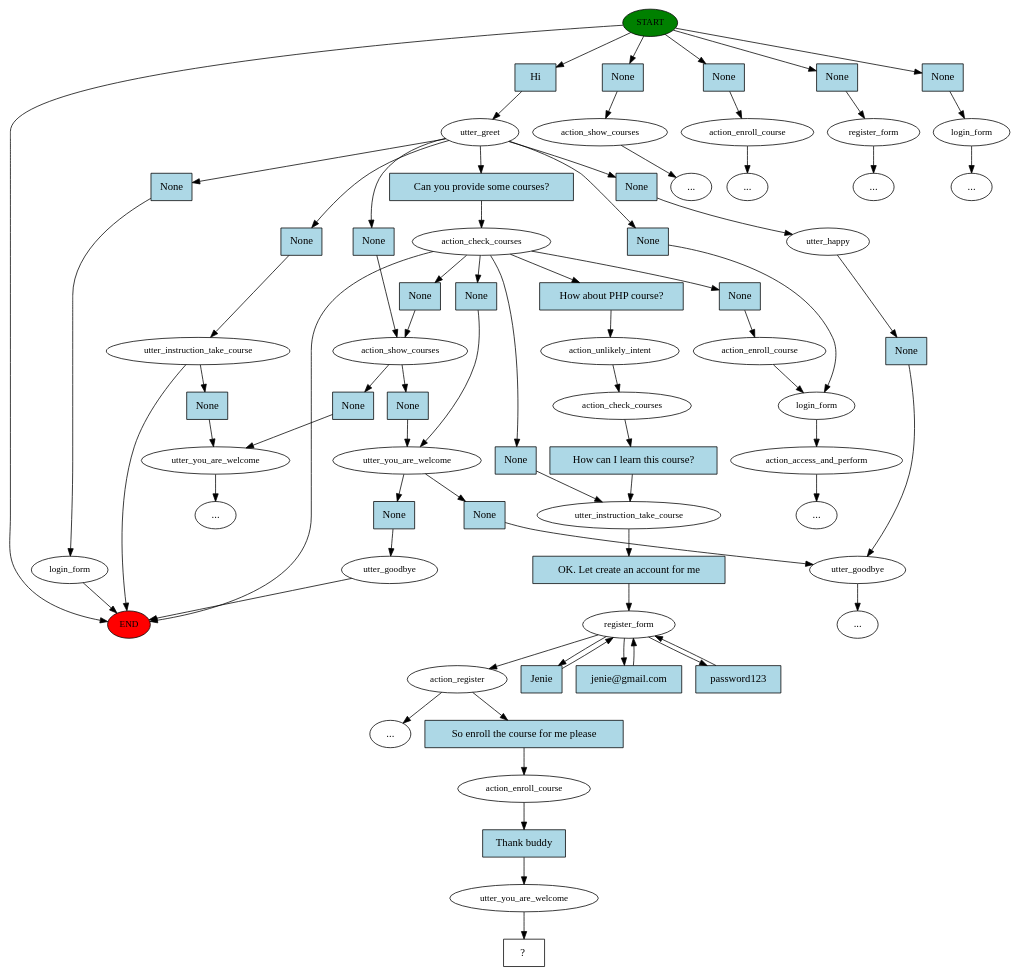
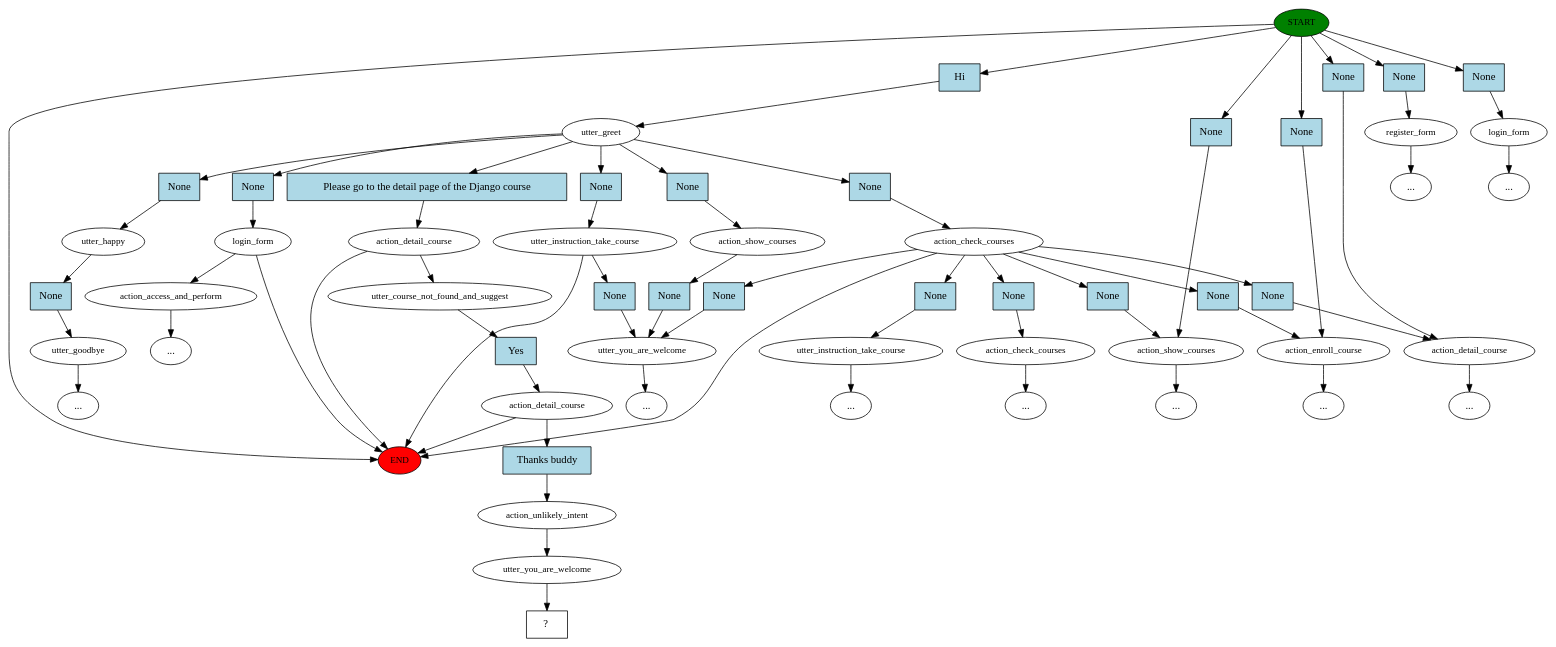
One commit to tamb1910697/ILearning-Chatbox changed the diagram in story_graph.dot. Above: the diagram before and after it, drawn with Graphviz. The commit also changed 4 other files, not shown here.

Commit message:
Add detail course feature

```diff
--- a/story_graph.dot
+++ b/story_graph.dot
@@ -1,142 +1,125 @@
 digraph  {
 0 [class="start active", fillcolor=green, fontsize=12, label=START, style=filled];
 "-1" [class=end, fillcolor=red, fontsize=12, label=END, style=filled];
 1 [class=active, fontsize=12, label=utter_greet];
-2 [class=active, fontsize=12, label=action_check_courses];
+2 [class="", fontsize=12, label=action_check_courses];
 3 [class="", fontsize=12, label=action_show_courses];
-4 [class="", fontsize=12, label=utter_you_are_welcome];
-5 [class="", fontsize=12, label=utter_goodbye];
-7 [class="", fontsize=12, label=utter_happy];
-9 [class="", fontsize=12, label=action_show_courses];
-"-5" [class=ellipsis, label="..."];
+5 [class="", fontsize=12, label=utter_happy];
+6 [class="", fontsize=12, label=utter_goodbye];
+"-4" [class=ellipsis, label="..."];
 "-6" [class=ellipsis, label="..."];
-15 [class="", fontsize=12, label=action_enroll_course];
-"-8" [class=ellipsis, label="..."];
-19 [class="", fontsize=12, label=action_enroll_course];
-20 [class="", fontsize=12, label=login_form];
-21 [class="", fontsize=12, label=action_access_and_perform];
-22 [class="", fontsize=12, label=register_form];
+11 [class="", fontsize=12, label=action_enroll_course];
+"-9" [class=ellipsis, label="..."];
+16 [class="", fontsize=12, label=register_form];
 "-10" [class=ellipsis, label="..."];
-25 [class=active, fontsize=12, label=utter_instruction_take_course];
-26 [class=active, fontsize=12, label=register_form];
-27 [class=active, fontsize=12, label=action_register];
-29 [class="", fontsize=12, label=utter_instruction_take_course];
-30 [class="", fontsize=12, label=utter_you_are_welcome];
-32 [class="", fontsize=12, label=login_form];
-33 [class="", fontsize=12, label=login_form];
+19 [class="", fontsize=12, label=utter_instruction_take_course];
+21 [class="", fontsize=12, label=utter_instruction_take_course];
+22 [class="", fontsize=12, label=utter_you_are_welcome];
+24 [class="", fontsize=12, label=login_form];
+25 [class="", fontsize=12, label=login_form];
 "-14" [class=ellipsis, label="..."];
 "-15" [class=ellipsis, label="..."];
+34 [class="", fontsize=12, label=action_access_and_perform];
 "-16" [class=ellipsis, label="..."];
-50 [class="", fontsize=12, label=utter_goodbye];
+37 [class="", fontsize=12, label=action_check_courses];
 "-17" [class=ellipsis, label="..."];
-56 [class=active, fontsize=12, label=action_unlikely_intent];
-57 [class=active, fontsize=12, label=action_check_courses];
-64 [class=active, fontsize=12, label=action_enroll_course];
-65 [class=active, fontsize=12, label=utter_you_are_welcome];
-66 [class="intent dashed active", label="  ?  ", shape=rect];
-67 [class="intent active", fillcolor=lightblue, label=Hi, shape=rect, style=filled];
-68 [class=intent, fillcolor=lightblue, label=None, shape=rect, style=filled];
-69 [class=intent, fillcolor=lightblue, label=None, shape=rect, style=filled];
+38 [class="", fontsize=12, label=action_detail_course];
+"-21" [class=ellipsis, label="..."];
+49 [class=active, fontsize=12, label=action_detail_course];
+52 [class=active, fontsize=12, label=utter_course_not_found_and_suggest];
+53 [class=active, fontsize=12, label=action_detail_course];
+60 [class="", fontsize=12, label=action_show_courses];
+"-23" [class=ellipsis, label="..."];
+66 [class=active, fontsize=12, label=action_unlikely_intent];
+67 [class=active, fontsize=12, label=utter_you_are_welcome];
+68 [class="intent dashed active", label="  ?  ", shape=rect];
+69 [class="intent active", fillcolor=lightblue, label=Hi, shape=rect, style=filled];
 70 [class=intent, fillcolor=lightblue, label=None, shape=rect, style=filled];
 71 [class=intent, fillcolor=lightblue, label=None, shape=rect, style=filled];
-72 [class="intent active", fillcolor=lightblue, label="Can you provide some courses?", shape=rect, style=filled];
+72 [class=intent, fillcolor=lightblue, label=None, shape=rect, style=filled];
 73 [class=intent, fillcolor=lightblue, label=None, shape=rect, style=filled];
 74 [class=intent, fillcolor=lightblue, label=None, shape=rect, style=filled];
 75 [class=intent, fillcolor=lightblue, label=None, shape=rect, style=filled];
 76 [class=intent, fillcolor=lightblue, label=None, shape=rect, style=filled];
 77 [class=intent, fillcolor=lightblue, label=None, shape=rect, style=filled];
 78 [class=intent, fillcolor=lightblue, label=None, shape=rect, style=filled];
-79 [class=intent, fillcolor=lightblue, label=None, shape=rect, style=filled];
+79 [class="intent active", fillcolor=lightblue, label="Please go to the detail page of the Django course", shape=rect, style=filled];
 80 [class=intent, fillcolor=lightblue, label=None, shape=rect, style=filled];
-81 [class="intent active", fillcolor=lightblue, label="How about PHP course?", shape=rect, style=filled];
+81 [class=intent, fillcolor=lightblue, label=None, shape=rect, style=filled];
 82 [class=intent, fillcolor=lightblue, label=None, shape=rect, style=filled];
 83 [class=intent, fillcolor=lightblue, label=None, shape=rect, style=filled];
 84 [class=intent, fillcolor=lightblue, label=None, shape=rect, style=filled];
 85 [class=intent, fillcolor=lightblue, label=None, shape=rect, style=filled];
 86 [class=intent, fillcolor=lightblue, label=None, shape=rect, style=filled];
 87 [class=intent, fillcolor=lightblue, label=None, shape=rect, style=filled];
-88 [class="intent active", fillcolor=lightblue, label="OK. Let create an account for me", shape=rect, style=filled];
-89 [class="intent active", fillcolor=lightblue, label=Jenie, shape=rect, style=filled];
-90 [class="intent active", fillcolor=lightblue, label="jenie@gmail.com", shape=rect, style=filled];
-91 [class="intent active", fillcolor=lightblue, label=password123, shape=rect, style=filled];
-92 [class="intent active", fillcolor=lightblue, label="So enroll the course for me please", shape=rect, style=filled];
-93 [class=intent, fillcolor=lightblue, label=None, shape=rect, style=filled];
-94 [class="intent active", fillcolor=lightblue, label="How can I learn this course?", shape=rect, style=filled];
-95 [class="intent active", fillcolor=lightblue, label="Thank buddy", shape=rect, style=filled];
+88 [class=intent, fillcolor=lightblue, label=None, shape=rect, style=filled];
+89 [class="intent active", fillcolor=lightblue, label=Yes, shape=rect, style=filled];
+90 [class="intent active", fillcolor=lightblue, label="Thanks buddy", shape=rect, style=filled];
+91 [class=intent, fillcolor=lightblue, label=None, shape=rect, style=filled];
 0 -> "-1"  [class="", key=NONE, label=""];
-0 -> 67  [class=active, key=0];
-0 -> 68  [class="", key=0];
-0 -> 69  [class="", key=0];
+0 -> 69  [class=active, key=0];
 0 -> 70  [class="", key=0];
 0 -> 71  [class="", key=0];
-1 -> 72  [class=active, key=0];
-1 -> 73  [class="", key=0];
-1 -> 74  [class="", key=0];
+0 -> 72  [class="", key=0];
+0 -> 73  [class="", key=0];
+0 -> 74  [class="", key=0];
 1 -> 75  [class="", key=0];
 1 -> 76  [class="", key=0];
 1 -> 77  [class="", key=0];
+1 -> 78  [class="", key=0];
+1 -> 79  [class=active, key=0];
+1 -> 80  [class="", key=0];
 2 -> "-1"  [class="", key=NONE, label=""];
-2 -> 78  [class="", key=0];
-2 -> 79  [class="", key=0];
-2 -> 80  [class="", key=0];
-2 -> 81  [class=active, key=0];
+2 -> 81  [class="", key=0];
 2 -> 82  [class="", key=0];
-3 -> 83  [class="", key=0];
-3 -> 84  [class="", key=0];
-4 -> 85  [class="", key=0];
-4 -> 86  [class="", key=0];
-5 -> "-6"  [class="", key=NONE, label=""];
-7 -> 87  [class="", key=0];
-9 -> "-5"  [class="", key=NONE, label=""];
-15 -> "-8"  [class="", key=NONE, label=""];
-19 -> 20  [class="", key=NONE, label=""];
-20 -> 21  [class="", key=NONE, label=""];
-21 -> "-16"  [class="", key=NONE, label=""];
-22 -> "-10"  [class="", key=NONE, label=""];
-25 -> 88  [class=active, key=0];
-26 -> 27  [class=active, key=NONE, label=""];
-26 -> 89  [class=active, key=0];
-26 -> 90  [class=active, key=0];
-26 -> 91  [class=active, key=0];
-27 -> "-14"  [class="", key=NONE, label=""];
-27 -> 92  [class=active, key=0];
-29 -> "-1"  [class="", key=NONE, label=""];
-29 -> 93  [class="", key=0];
-30 -> "-17"  [class="", key=NONE, label=""];
-32 -> "-1"  [class="", key=NONE, label=""];
-33 -> "-15"  [class="", key=NONE, label=""];
-50 -> "-1"  [class="", key=NONE, label=""];
-56 -> 57  [class=active, key=NONE, label=""];
-57 -> 94  [class=active, key=0];
-64 -> 95  [class=active, key=0];
-65 -> 66  [class=active, key=NONE, label=""];
-67 -> 1  [class=active, key=0];
-68 -> 9  [class="", key=0];
-69 -> 15  [class="", key=0];
-70 -> 22  [class="", key=0];
-71 -> 33  [class="", key=0];
-72 -> 2  [class=active, key=0];
-73 -> 7  [class="", key=0];
-74 -> 29  [class="", key=0];
-75 -> 32  [class="", key=0];
-76 -> 3  [class="", key=0];
-77 -> 20  [class="", key=0];
-78 -> 3  [class="", key=0];
-79 -> 19  [class="", key=0];
-80 -> 25  [class="", key=0];
-81 -> 56  [class=active, key=0];
-82 -> 4  [class="", key=0];
-83 -> 4  [class="", key=0];
-84 -> 30  [class="", key=0];
-85 -> 5  [class="", key=0];
-86 -> 50  [class="", key=0];
-87 -> 5  [class="", key=0];
-88 -> 26  [class=active, key=0];
-89 -> 26  [class=active, key=0];
-90 -> 26  [class=active, key=0];
-91 -> 26  [class=active, key=0];
-92 -> 64  [class=active, key=0];
-93 -> 30  [class="", key=0];
-94 -> 25  [class=active, key=0];
-95 -> 65  [class=active, key=0];
+2 -> 83  [class="", key=0];
+2 -> 84  [class="", key=0];
+2 -> 85  [class="", key=0];
+2 -> 86  [class="", key=0];
+3 -> "-6"  [class="", key=NONE, label=""];
+5 -> 87  [class="", key=0];
+6 -> "-4"  [class="", key=NONE, label=""];
+11 -> "-9"  [class="", key=NONE, label=""];
+16 -> "-10"  [class="", key=NONE, label=""];
+19 -> "-14"  [class="", key=NONE, label=""];
+21 -> "-1"  [class="", key=NONE, label=""];
+21 -> 88  [class="", key=0];
+22 -> "-23"  [class="", key=NONE, label=""];
+24 -> "-1"  [class="", key=NONE, label=""];
+24 -> 34  [class="", key=NONE, label=""];
+25 -> "-15"  [class="", key=NONE, label=""];
+34 -> "-16"  [class="", key=NONE, label=""];
+37 -> "-17"  [class="", key=NONE, label=""];
+38 -> "-21"  [class="", key=NONE, label=""];
+49 -> "-1"  [class="", key=NONE, label=""];
+49 -> 52  [class=active, key=NONE, label=""];
+52 -> 89  [class=active, key=0];
+53 -> "-1"  [class="", key=NONE, label=""];
+53 -> 90  [class=active, key=0];
+60 -> 91  [class="", key=0];
+66 -> 67  [class=active, key=NONE, label=""];
+67 -> 68  [class=active, key=NONE, label=""];
+69 -> 1  [class=active, key=0];
+70 -> 11  [class="", key=0];
+71 -> 16  [class="", key=0];
+72 -> 25  [class="", key=0];
+73 -> 38  [class="", key=0];
+74 -> 3  [class="", key=0];
+75 -> 2  [class="", key=0];
+76 -> 5  [class="", key=0];
+77 -> 21  [class="", key=0];
+78 -> 24  [class="", key=0];
+79 -> 49  [class=active, key=0];
+80 -> 60  [class="", key=0];
+81 -> 3  [class="", key=0];
+82 -> 19  [class="", key=0];
+83 -> 37  [class="", key=0];
+84 -> 11  [class="", key=0];
+85 -> 22  [class="", key=0];
+86 -> 38  [class="", key=0];
+87 -> 6  [class="", key=0];
+88 -> 22  [class="", key=0];
+89 -> 53  [class=active, key=0];
+90 -> 66  [class=active, key=0];
+91 -> 22  [class="", key=0];
 }
```
